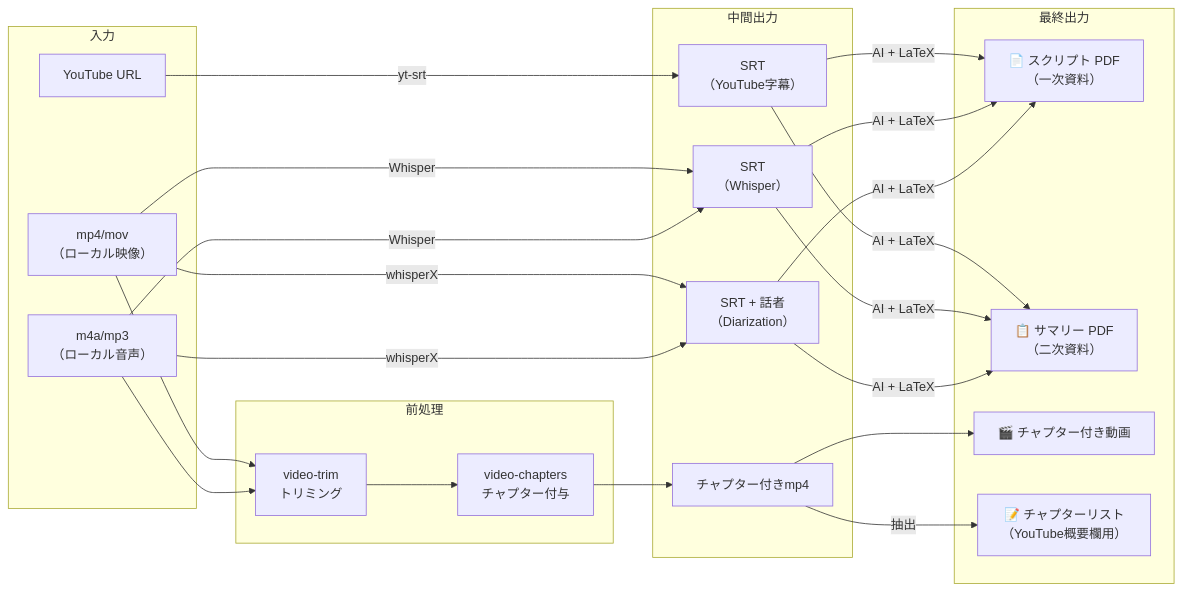
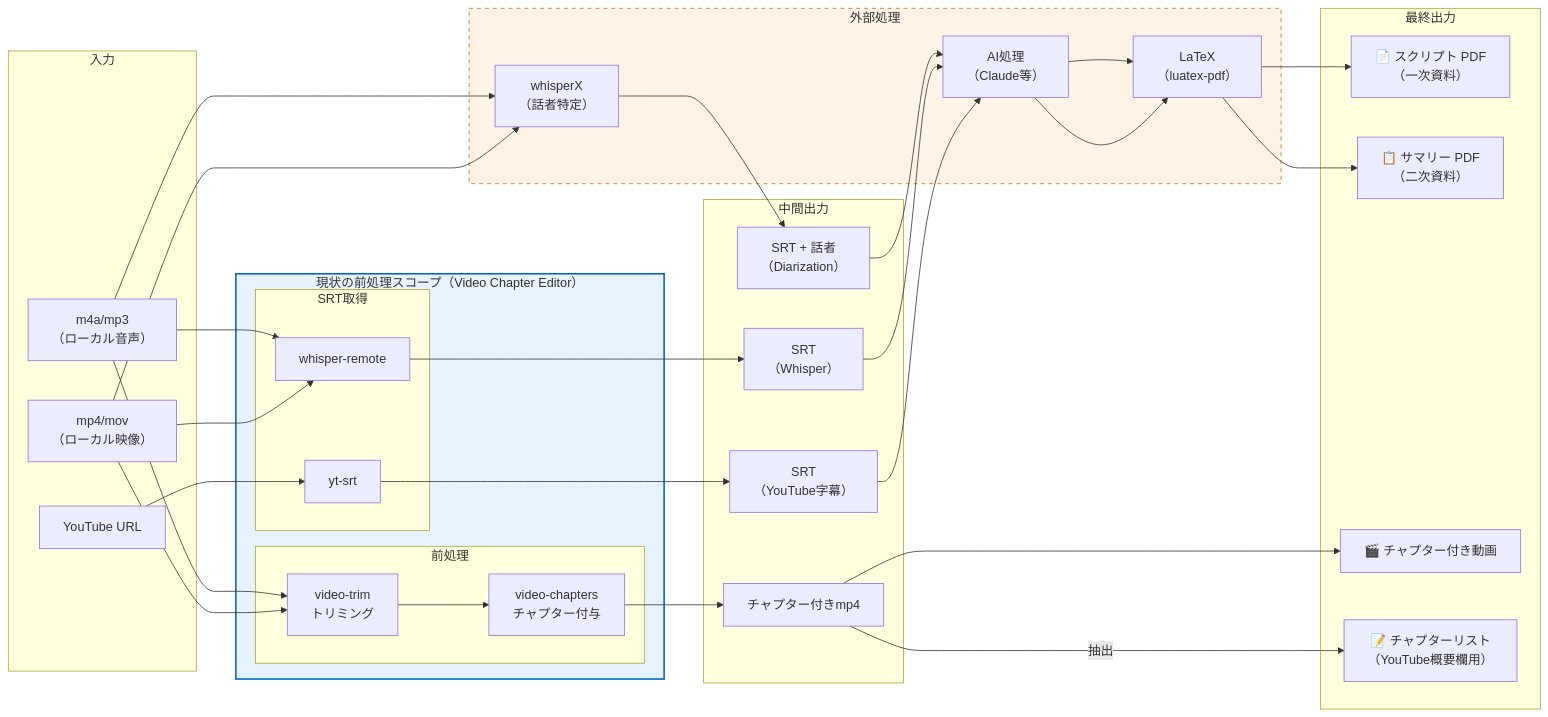
Before and after one commit to mashi727/media-scribe-workflow: the first of 21 diagrams in docs/workflow-diagrams.md, drawn with Mermaid.

Commit message:
Add scope boundaries to artifact transformation diagram
- Blue box: Current preprocessing scope (Video Chapter Editor)
  - video-trim, video-chapters
  - yt-srt, whisper-remote
- Orange dashed box: External processing
  - whisperX (speaker diarization)
  - AI processing (Claude etc.)
  - LaTeX compilation

🤖 Generated with [Claude Code](https://claude.com/claude-code)

````diff
--- a/docs/workflow-diagrams.md
+++ b/docs/workflow-diagrams.md
@@ -7,52 +7,70 @@
 ```mermaid
 flowchart LR
     subgraph INPUT["入力"]
         I1["mp4/mov<br>（ローカル映像）"]
         I2["m4a/mp3<br>（ローカル音声）"]
         I3["YouTube URL"]
     end
 
-    subgraph PREPROCESS["前処理"]
-        P1["video-trim<br>トリミング"]
-        P2["video-chapters<br>チャプター付与"]
+    subgraph SCOPE["現状の前処理スコープ（Video Chapter Editor）"]
+        subgraph PREPROCESS["前処理"]
+            P1["video-trim<br>トリミング"]
+            P2["video-chapters<br>チャプター付与"]
+        end
+
+        subgraph SRT_ACQ["SRT取得"]
+            S1["yt-srt"]
+            S2["whisper-remote"]
+        end
     end
 
     subgraph MIDDLE["中間出力"]
         M1["SRT<br>（YouTube字幕）"]
         M2["SRT<br>（Whisper）"]
         M3["SRT + 話者<br>（Diarization）"]
         M4["チャプター付きmp4"]
+    end
+
+    subgraph EXTERNAL["外部処理"]
+        E1["whisperX<br>（話者特定）"]
+        E2["AI処理<br>（Claude等）"]
+        E3["LaTeX<br>（luatex-pdf）"]
     end
 
     subgraph OUTPUT["最終出力"]
         O1["📄 スクリプト PDF<br>（一次資料）"]
         O2["📋 サマリー PDF<br>（二次資料）"]
         O3["🎬 チャプター付き動画"]
         O4["📝 チャプターリスト<br>（YouTube概要欄用）"]
     end
 
     %% 入力 → 前処理
     I1 --> P1
     I2 --> P1
     P1 --> P2
 
-    %% 入力 → 中間出力（SRT）
-    I3 -->|yt-srt| M1
-    I1 -->|Whisper| M2
-    I2 -->|Whisper| M2
-    I1 -->|whisperX| M3
-    I2 -->|whisperX| M3
+    %% 入力 → SRT取得
+    I3 --> S1 --> M1
+    I1 --> S2 --> M2
+    I2 --> S2
+
+    %% 話者特定（外部）
+    I1 --> E1 --> M3
+    I2 --> E1
 
     %% 前処理 → 中間出力（動画）
     P2 --> M4
 
-    %% 中間出力 → 最終出力
-    M1 -->|"AI + LaTeX"| O1
-    M2 -->|"AI + LaTeX"| O1
-    M3 -->|"AI + LaTeX"| O1
-    M1 -->|"AI + LaTeX"| O2
-    M2 -->|"AI + LaTeX"| O2
-    M3 -->|"AI + LaTeX"| O2
+    %% 中間出力 → 外部処理 → 最終出力
+    M1 --> E2
+    M2 --> E2
+    M3 --> E2
+    E2 --> E3 --> O1
+    E2 --> E3 --> O2
     M4 --> O3
     M4 -->|抽出| O4
+
+    %% スタイル
+    style SCOPE fill:#e6f3ff,stroke:#0066cc,stroke-width:2px
+    style EXTERNAL fill:#fff3e6,stroke:#cc6600,stroke-width:1px,stroke-dasharray: 5 5
 ```
````
